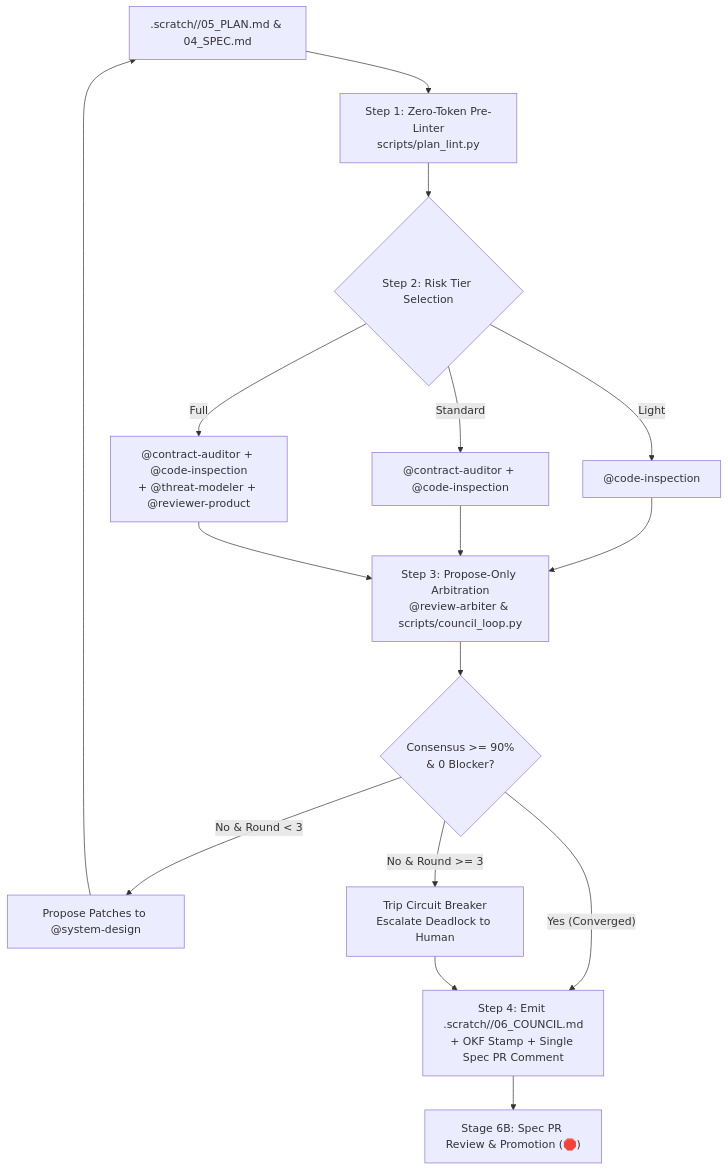
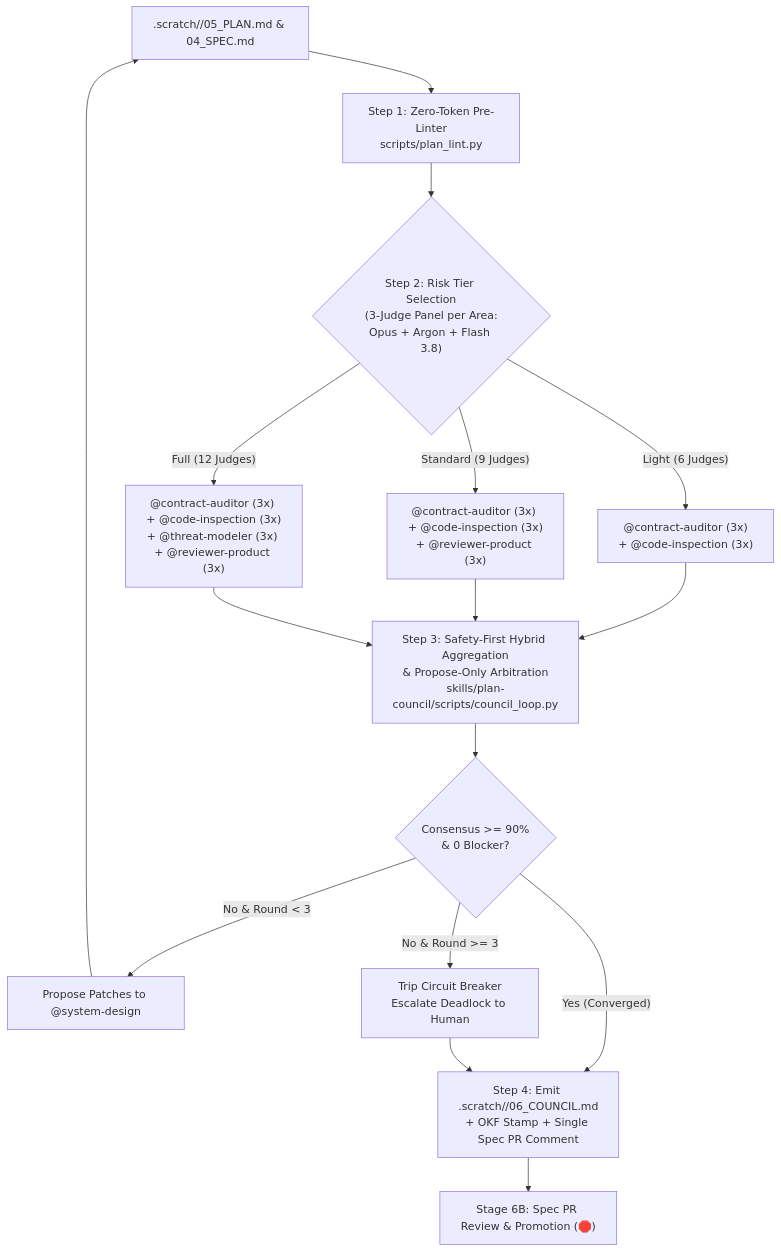
The diagram in skills/plan-council/SKILL.md (sapientcoffee/bean-brewer), drawn with Mermaid before and after one commit. The commit also changed other lines of this file and 12 other files, not shown here.

````diff
--- a/skills/plan-council/SKILL.md
+++ b/skills/plan-council/SKILL.md
@@ -26,19 +26,19 @@
 ```mermaid
 flowchart TD
     S5[".scratch/<id>/05_PLAN.md & 04_SPEC.md"] --> Lint["Step 1: Zero-Token Pre-Linter<br/>scripts/plan_lint.py"]
-    Lint --> Tier{"Step 2: Risk Tier Selection"}
+    Lint --> Tier{"Step 2: Risk Tier Selection<br/>(3-Judge Panel per Area:<br/>Opus + Argon + Flash 3.8)"}
     
-    Tier -->|"Light"| LightSwarm["@code-inspection"]
-    Tier -->|"Standard"| StdSwarm["@contract-auditor + @code-inspection"]
-    Tier -->|"Full"| FullSwarm["@contract-auditor + @code-inspection<br/>+ @threat-modeler + @reviewer-product"]
+    Tier -->|"Light (6 Judges)"| LightSwarm["@contract-auditor (3x)<br/>+ @code-inspection (3x)"]
+    Tier -->|"Standard (9 Judges)"| StdSwarm["@contract-auditor (3x) + @code-inspection (3x)<br/>+ @reviewer-product (3x)"]
+    Tier -->|"Full (12 Judges)"| FullSwarm["@contract-auditor (3x) + @code-inspection (3x)<br/>+ @threat-modeler (3x) + @reviewer-product (3x)"]
 
-    LightSwarm & StdSwarm & FullSwarm --> Arbiter["Step 3: Propose-Only Arbitration<br/>@review-arbiter & scripts/council_loop.py"]
+    LightSwarm & StdSwarm & FullSwarm --> Arbiter["Step 3: Safety-First Hybrid Aggregation<br/>& Propose-Only Arbitration<br/>skills/plan-council/scripts/council_loop.py"]
     Arbiter --> Consensus{"Consensus >= 90%<br/>& 0 Blocker?"}
 
     Consensus -->|"Yes (Converged)"| Emit["Step 4: Emit .scratch/<id>/06_COUNCIL.md<br/>+ OKF Stamp + Single Spec PR Comment"]
     Consensus -->|"No & Round < 3"| Propose["Propose Patches to @system-design"]
     Propose --> S5
     Consensus -->|"No & Round >= 3"| CircuitBreaker["Trip Circuit Breaker<br/>Escalate Deadlock to Human"]
     CircuitBreaker --> Emit
     Emit --> HumanGate["Stage 6B: Spec PR Review & Promotion (🛑)"]
 ```
````
